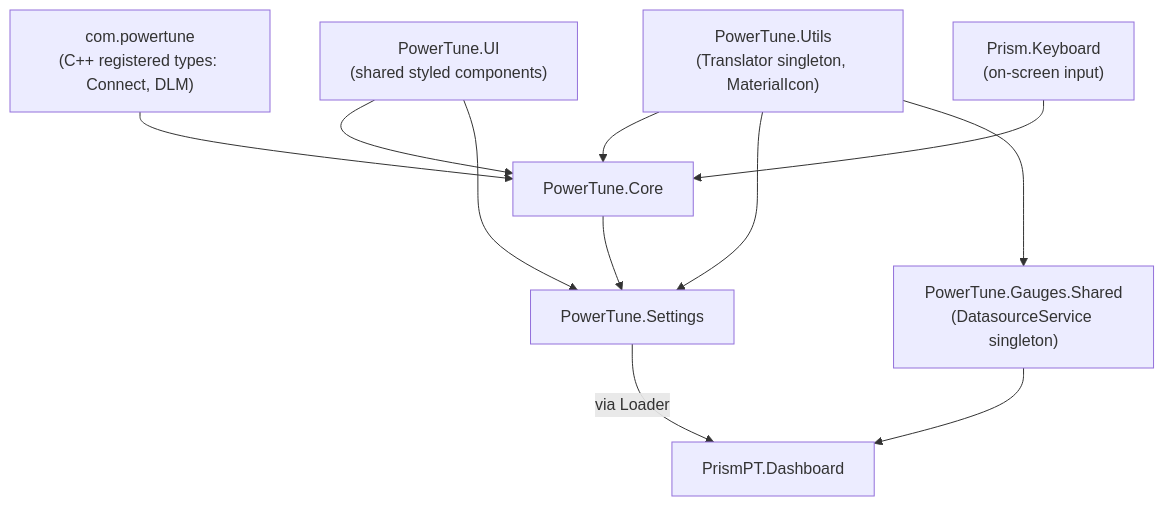
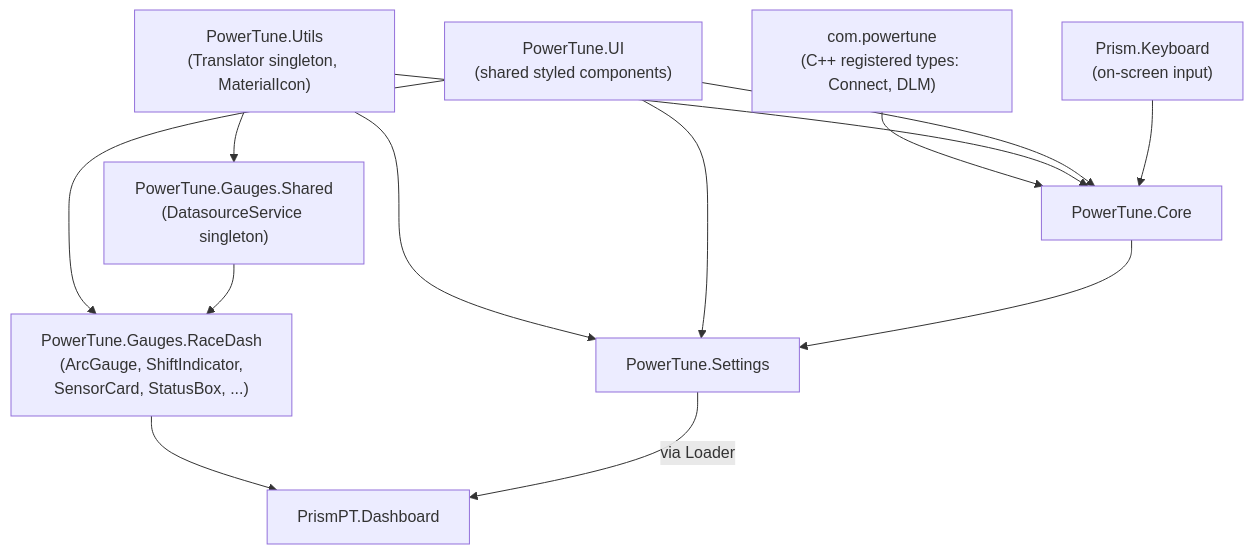
Before and after one commit to PrismAero/PowerTuneDigitalOfficial_Prism: the second of 5 diagrams in docs-misc/PROJECT_REFERENCE.md, drawn with Mermaid. The commit also changed other lines of this file and 19 other files, not shown here.

````diff
--- a/docs-misc/PROJECT_REFERENCE.md
+++ b/docs-misc/PROJECT_REFERENCE.md
@@ -370,22 +386,25 @@
 ```mermaid
 graph TD
     CPP["com.powertune<br/>(C++ registered types: Connect, DLM)"]
     UTILS["PowerTune.Utils<br/>(Translator singleton, MaterialIcon)"]
     CORE["PowerTune.Core"]
     UI["PowerTune.UI<br/>(shared styled components)"]
     SETTINGS["PowerTune.Settings"]
+    RACE["PowerTune.Gauges.RaceDash<br/>(ArcGauge, ShiftIndicator,<br/>SensorCard, StatusBox, ...)"]
     DASHBOARD["PrismPT.Dashboard"]
     GAUGES["PowerTune.Gauges.Shared<br/>(DatasourceService singleton)"]
     KEYBOARD["Prism.Keyboard<br/>(on-screen input)"]
 
     CPP --> CORE
     UTILS --> CORE
     UTILS --> SETTINGS
     UTILS --> GAUGES
+    UI --> RACE
+    GAUGES --> RACE
     UI --> CORE
     UI --> SETTINGS
     CORE --> SETTINGS
+    RACE --> DASHBOARD
     SETTINGS -- "via Loader" --> DASHBOARD
-    GAUGES --> DASHBOARD
     KEYBOARD --> CORE
 ```
````
